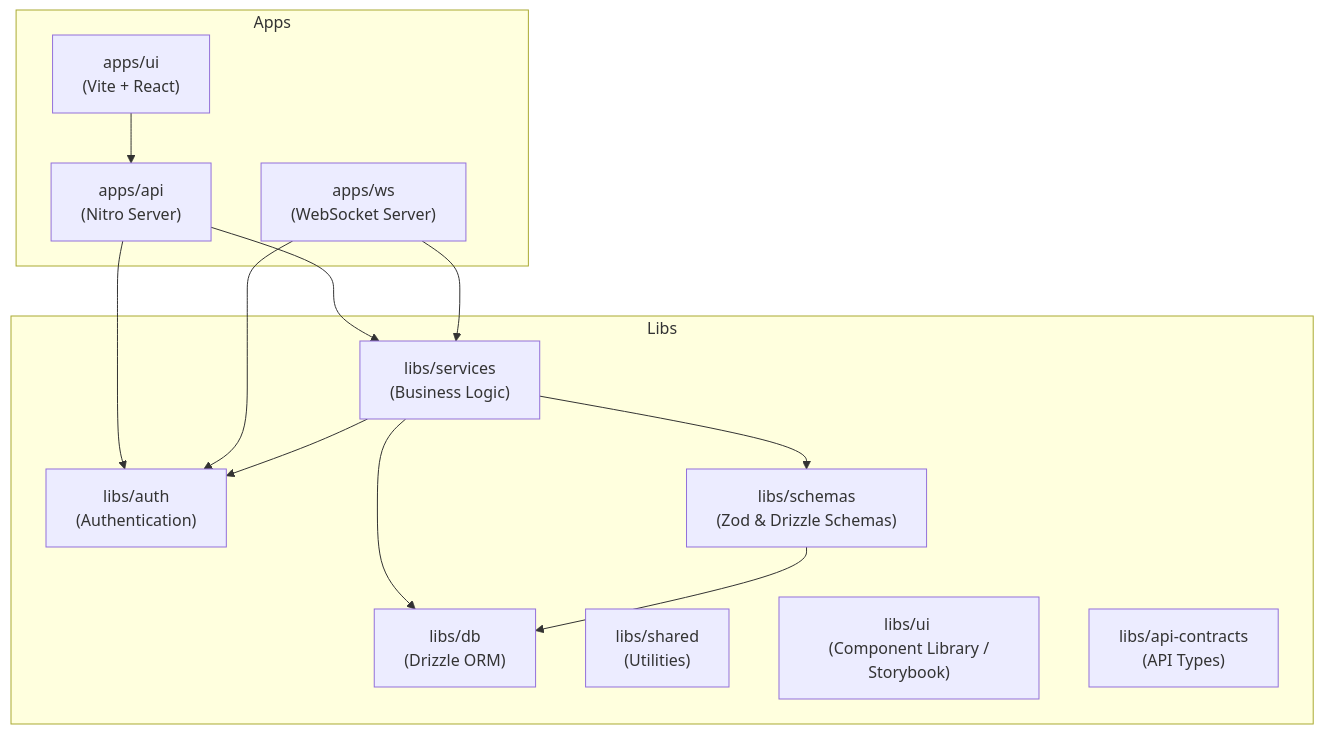
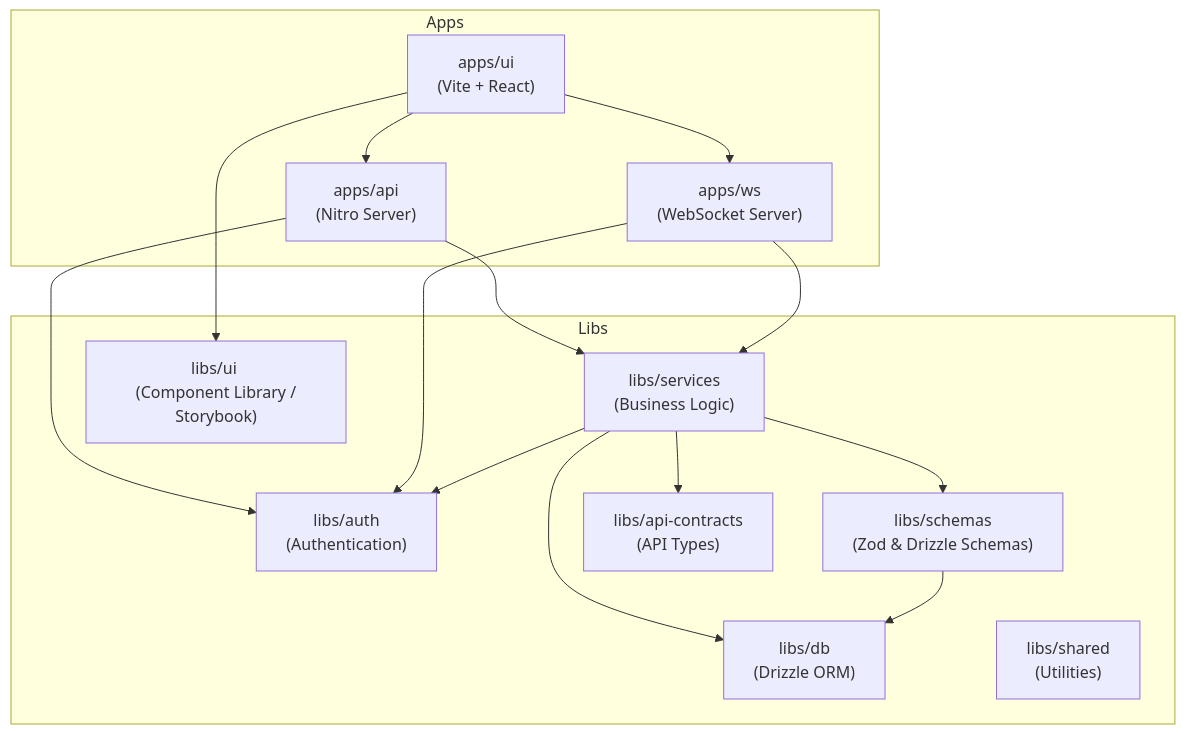
Before and after one commit to abcdmku/agentMonorepo: the diagram in README.md, drawn with Mermaid.

````diff
--- a/README.md
+++ b/README.md
@@ -9,35 +9,38 @@
 ```mermaid
 graph TD
     %% Apps
     subgraph Apps
         API["apps/api <br/> (Nitro Server)"]
         UI["apps/ui <br/> (Vite + React)"]
         WS["apps/ws <br/> (WebSocket Server)"]
     end
 
     %% Libs
     subgraph Libs
         Auth["libs/auth <br/> (Authentication)"]
         DB["libs/db <br/> (Drizzle ORM)"]
         Schemas["libs/schemas <br/> (Zod & Drizzle Schemas)"]
         Services["libs/services <br/> (Business Logic)"]
         Shared["libs/shared <br/> (Utilities)"]
         UILib["libs/ui <br/> (Component Library / Storybook)"]
         Contracts["libs/api-contracts <br/> (API Types)"]
     end
 
     %% Dependencies
     UI --> API
+    UI --> WS
+    UI --> UILib
     API --> Services
     API --> Auth
     WS --> Services
     WS --> Auth
     
     Services --> Schemas
     Services --> DB
     Services --> Auth
+    Services --> Contracts
     
     Schemas --> DB
     
     %% Note: Indirect deps or shared utils might be used widely
 ```
````
